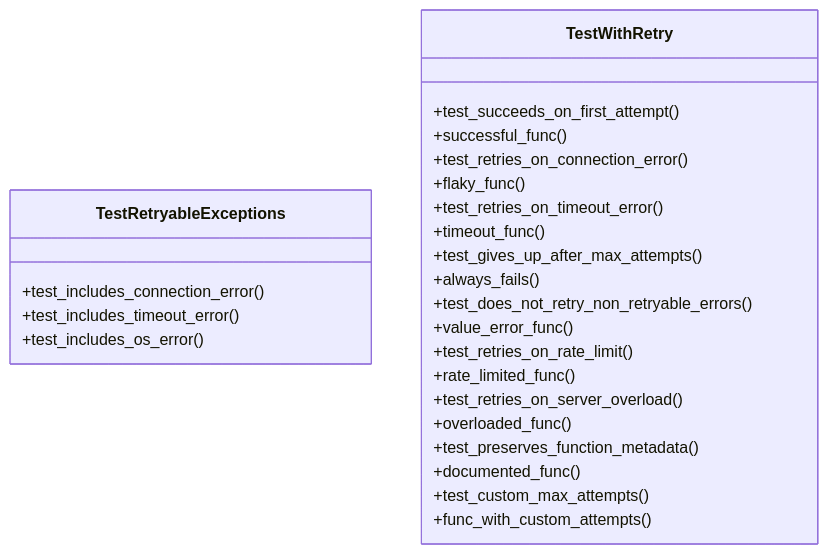
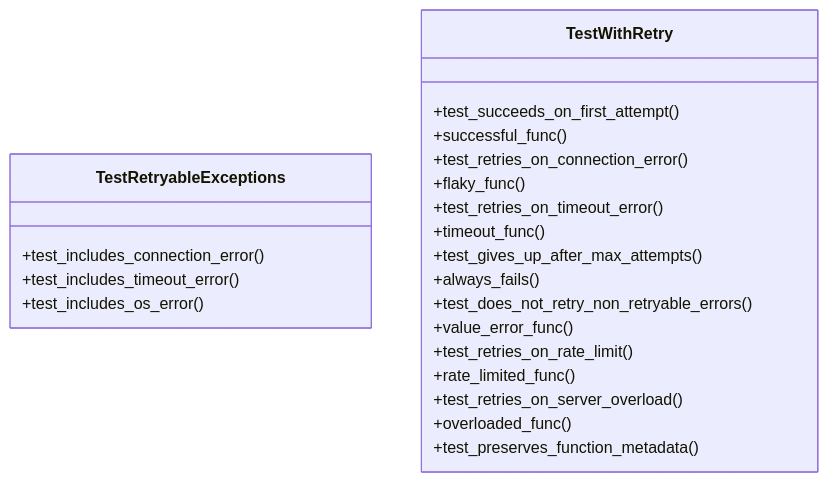
Before and after one commit to UrbanDiver/local-deepwiki-mcp: the first of 2 diagrams in .deepwiki/files/tests/test_retry.md, drawn with Mermaid. The commit also changed other lines of this file and 30 other files, not shown here.

````diff
--- a/.deepwiki/files/tests/test_retry.md
+++ b/.deepwiki/files/tests/test_retry.md
@@ -264,28 +253,25 @@
 ```mermaid
 classDiagram
     class TestRetryableExceptions {
         +test_includes_connection_error()
         +test_includes_timeout_error()
         +test_includes_os_error()
     }
     class TestWithRetry {
         +test_succeeds_on_first_attempt()
         +successful_func()
         +test_retries_on_connection_error()
         +flaky_func()
         +test_retries_on_timeout_error()
         +timeout_func()
         +test_gives_up_after_max_attempts()
         +always_fails()
         +test_does_not_retry_non_retryable_errors()
         +value_error_func()
         +test_retries_on_rate_limit()
         +rate_limited_func()
         +test_retries_on_server_overload()
         +overloaded_func()
         +test_preserves_function_metadata()
-        +documented_func()
-        +test_custom_max_attempts()
-        +func_with_custom_attempts()
     }
 ```
````
